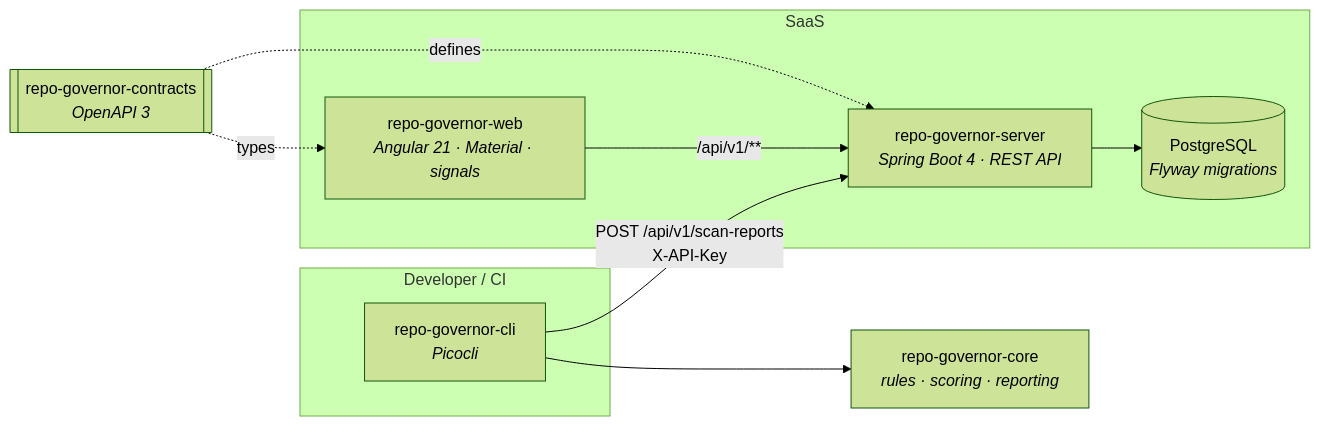
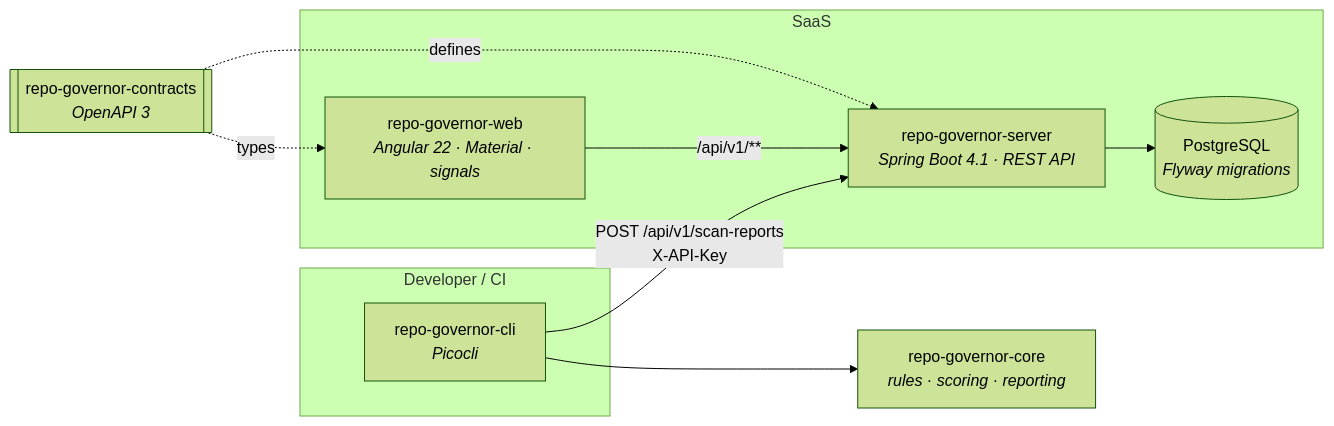
The diagram in README.md (ChrisvDalen/repo-governor), drawn with Mermaid (forest theme) before and after one commit. The commit also changed other lines of this file and 11 other files, not shown here.

````diff
--- a/README.md
+++ b/README.md
@@ -47,20 +47,20 @@
 ```mermaid
 flowchart LR
     subgraph Developer / CI
         CLI["repo-governor-cli<br/><i>Picocli</i>"]
     end
     CORE["repo-governor-core<br/><i>rules · scoring · reporting</i>"]
     subgraph SaaS
-        API["repo-governor-server<br/><i>Spring Boot 4 · REST API</i>"]
+        API["repo-governor-server<br/><i>Spring Boot 4.1 · REST API</i>"]
         DB[("PostgreSQL<br/><i>Flyway migrations</i>")]
-        WEB["repo-governor-web<br/><i>Angular 21 · Material · signals</i>"]
+        WEB["repo-governor-web<br/><i>Angular 22 · Material · signals</i>"]
     end
     CONTRACT[["repo-governor-contracts<br/><i>OpenAPI 3</i>"]]
 
     CLI --> CORE
     CLI -- "POST /api/v1/scan-reports<br/>X-API-Key" --> API
     API --> DB
     WEB -- "/api/v1/**" --> API
     CONTRACT -.defines.-> API
     CONTRACT -.types.-> WEB
 ```
````
